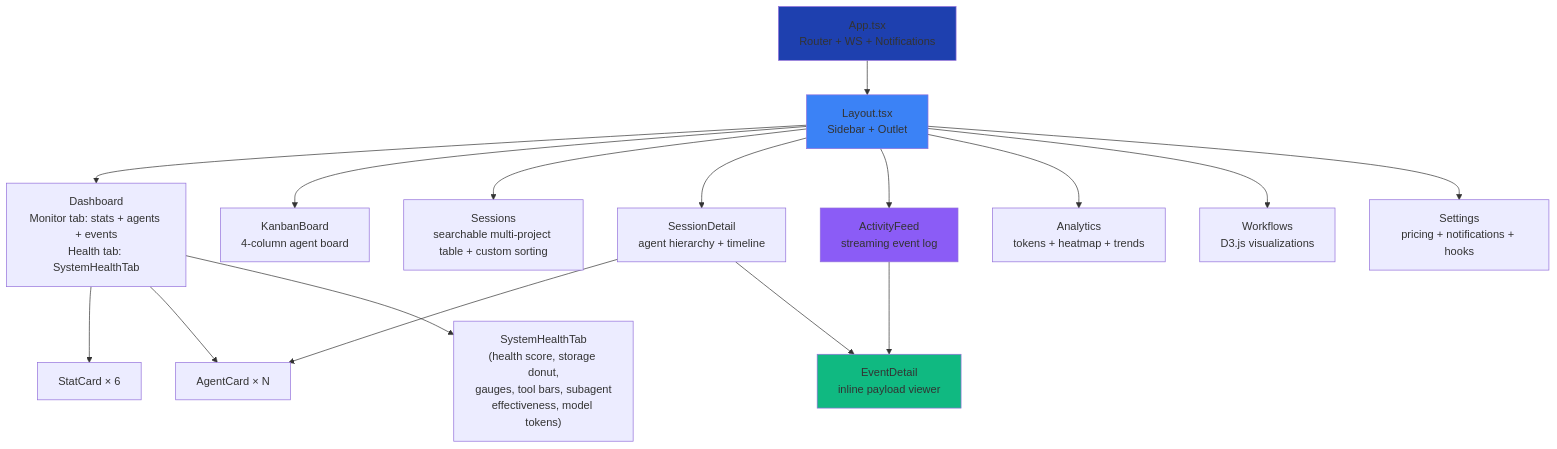
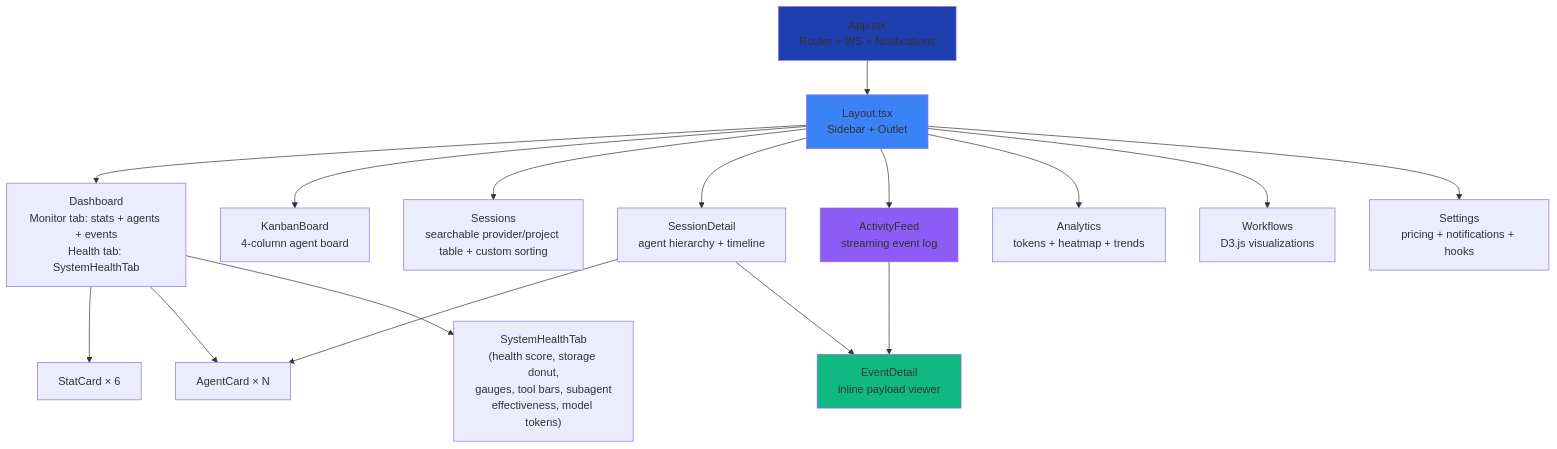
One commit to hoangsonww/Claude-Code-Agent-Monitor changed the third of 19 diagrams in client/README.md. Above: the diagram before and after it, drawn with Mermaid. The commit also changed other lines of this file and 27 other files, not shown here.

Commit message:
feat: filter sessions by provider

````diff
--- a/client/README.md
+++ b/client/README.md
@@ -254,29 +254,29 @@
 ```mermaid
 graph TB
     App[App.tsx<br/>Router + WS + Notifications]
     Layout[Layout.tsx<br/>Sidebar + Outlet]
 
     Dashboard[Dashboard<br/>Monitor tab: stats + agents + events<br/>Health tab: SystemHealthTab]
     Kanban[KanbanBoard<br/>4-column agent board]
-    Sessions[Sessions<br/>searchable multi-project table + custom sorting]
+    Sessions[Sessions<br/>searchable provider/project table + custom sorting]
     Detail[SessionDetail<br/>agent hierarchy + timeline]
     Feed[ActivityFeed<br/>streaming event log]
     Analytics[Analytics<br/>tokens + heatmap + trends]
     Workflows[Workflows<br/>D3.js visualizations]
     Settings[Settings<br/>pricing + notifications + hooks]
 
     App --> Layout
     Layout --> Dashboard & Kanban & Sessions & Detail & Feed & Analytics & Workflows & Settings
 
     Dashboard --> StatCard[StatCard × 6]
     Dashboard --> AgentCard[AgentCard × N]
     Dashboard --> HealthTab["SystemHealthTab<br/>(health score, storage donut,<br/>gauges, tool bars, subagent<br/>effectiveness, model tokens)"]
     Detail --> AgentCard
     Feed --> EventDetail[EventDetail<br/>inline payload viewer]
     Detail --> EventDetail
 
     style App fill:#1E40AF
     style Layout fill:#3B82F6
     style Feed fill:#8B5CF6
     style EventDetail fill:#10B981
 ```
````
